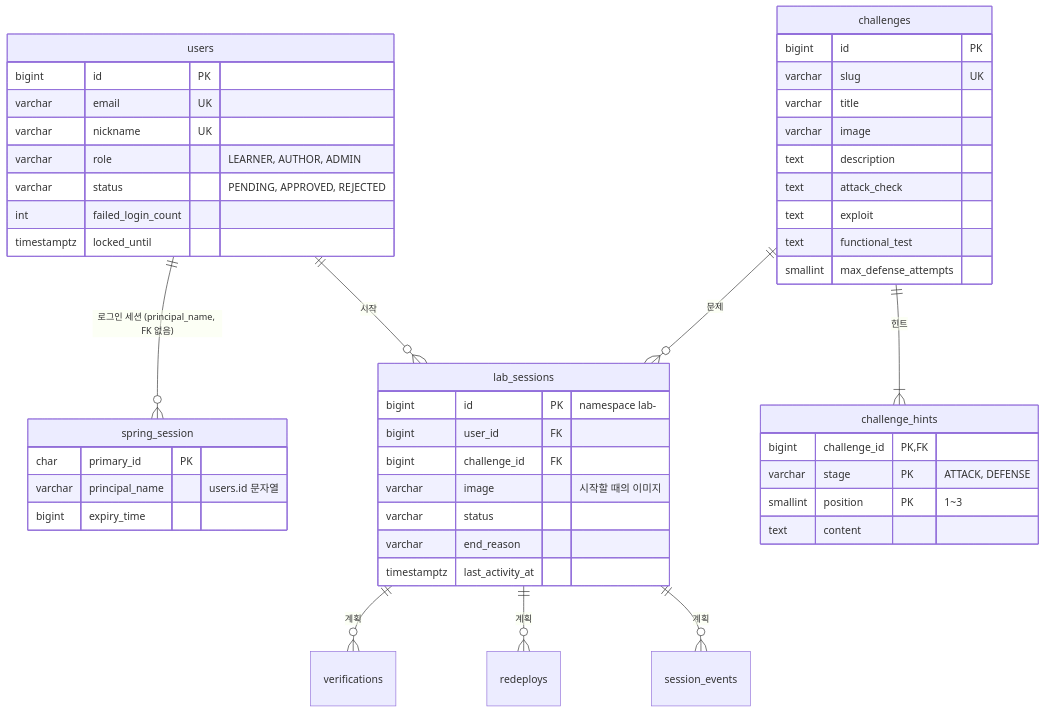
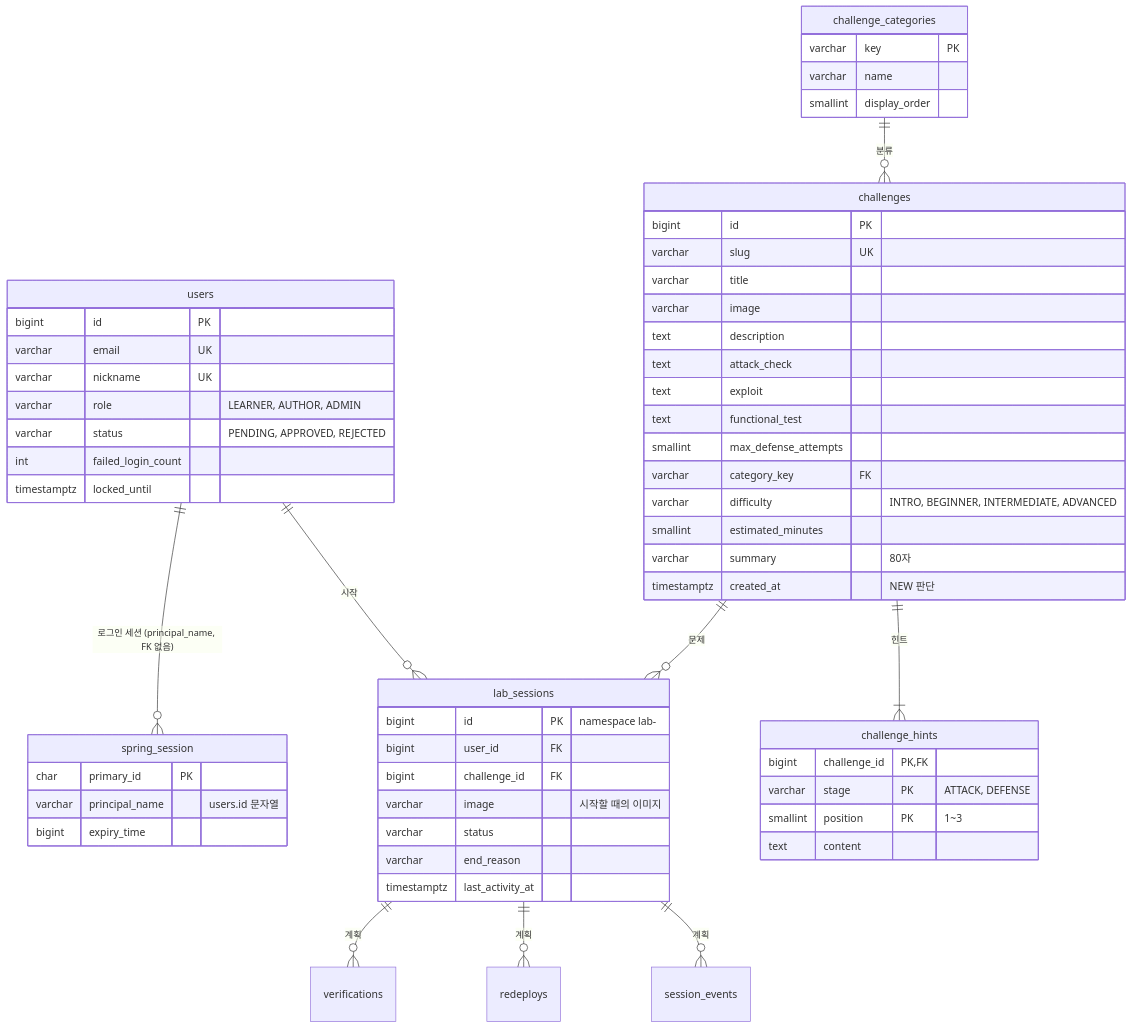
Before and after one commit to pg-hackforge/hackforge-docs: the diagram in data-model.md, drawn with Mermaid. The commit also changed other lines of this file and 2 other files, not shown here.

Commit message:
docs: 문제 정보와 목록 API 결정(ADR 020)과 작업 목록 (#64)
- 분류 테이블(12개), 난이도 4단계, 예상 시간, 요약
- 서버 검색·필터·정렬·페이지, 문제 하나 조회 API

````diff
--- a/data-model.md
+++ b/data-model.md
@@ -7,51 +7,62 @@
 ```mermaid
 erDiagram
     users ||--o{ spring_session : "로그인 세션 (principal_name, FK 없음)"
     users ||--o{ lab_sessions : "시작"
     challenges ||--o{ lab_sessions : "문제"
     challenges ||--|{ challenge_hints : "힌트"
+    challenge_categories ||--o{ challenges : "분류"
     lab_sessions ||--o{ verifications : "계획"
     lab_sessions ||--o{ redeploys : "계획"
     lab_sessions ||--o{ session_events : "계획"
 
     users {
         bigint id PK
         varchar email UK
         varchar nickname UK
         varchar role "LEARNER, AUTHOR, ADMIN"
         varchar status "PENDING, APPROVED, REJECTED"
         int failed_login_count
         timestamptz locked_until
     }
     spring_session {
         char primary_id PK
         varchar principal_name "users.id 문자열"
         bigint expiry_time
     }
     challenges {
         bigint id PK
         varchar slug UK
         varchar title
         varchar image
         text description
         text attack_check
         text exploit
         text functional_test
         smallint max_defense_attempts
+        varchar category_key FK
+        varchar difficulty "INTRO, BEGINNER, INTERMEDIATE, ADVANCED"
+        smallint estimated_minutes
+        varchar summary "80자"
+        timestamptz created_at "NEW 판단"
+    }
+    challenge_categories {
+        varchar key PK
+        varchar name
+        smallint display_order
     }
     challenge_hints {
         bigint challenge_id PK, FK
         varchar stage PK "ATTACK, DEFENSE"
         smallint position PK "1~3"
         text content
     }
     lab_sessions {
         bigint id PK "namespace lab-<id>"
         bigint user_id FK
         bigint challenge_id FK
         varchar image "시작할 때의 이미지"
         varchar status
         varchar end_reason
         timestamptz last_activity_at
     }
 ```
````
